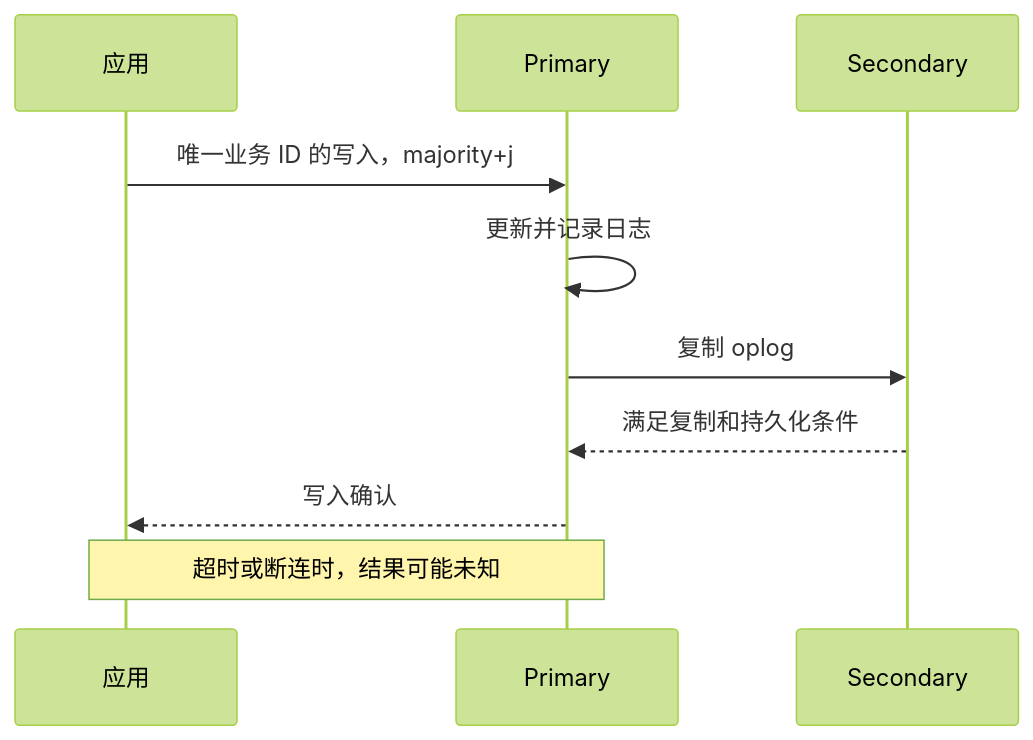
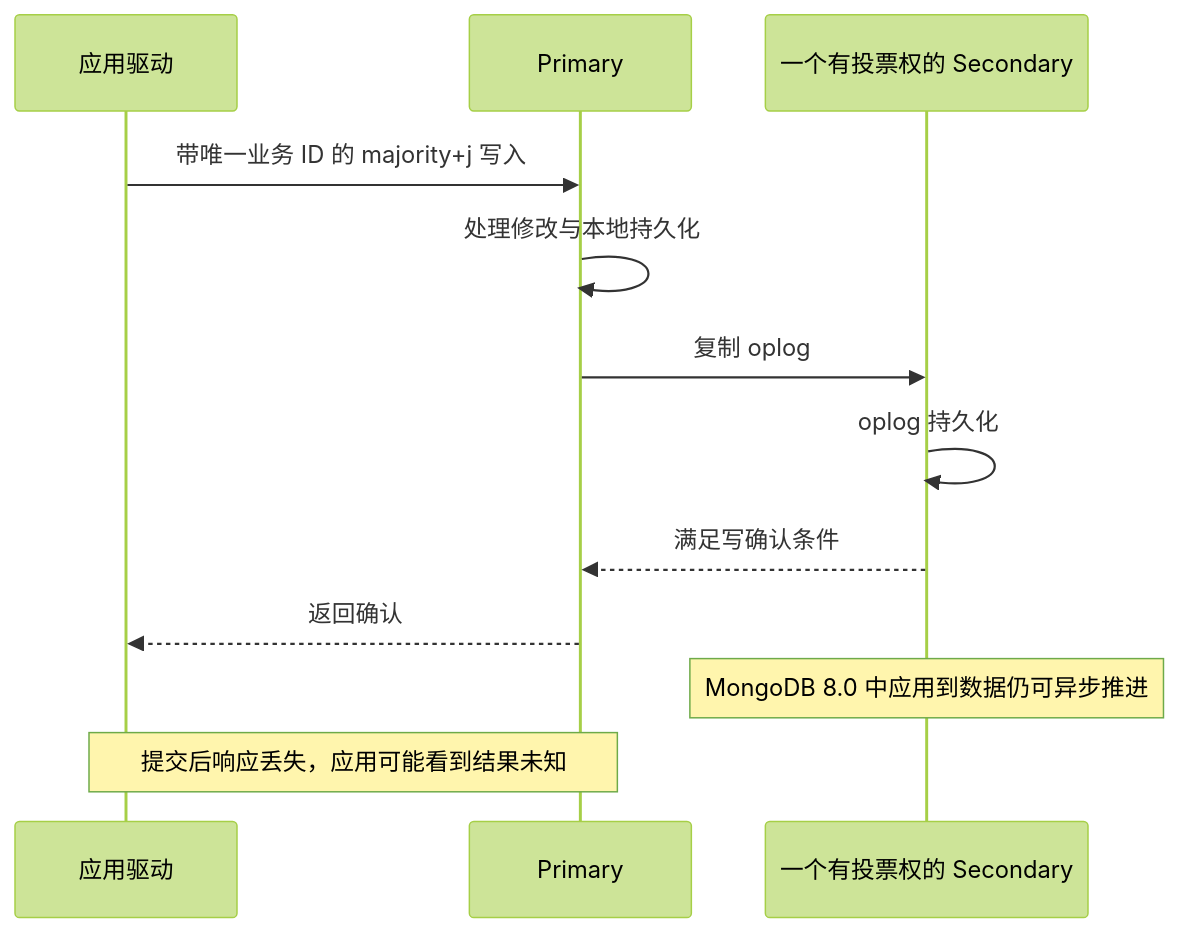
The seventh of 9 diagrams in docs/middleware/mongodb/technical-whitepaper.md (brinnatt/kubeauto), drawn with Mermaid (forest theme) before and after one commit. The commit also changed other lines of this file and 3 other files, not shown here.

````diff
--- a/docs/middleware/mongodb/technical-whitepaper.md
+++ b/docs/middleware/mongodb/technical-whitepaper.md
@@ -73,12 +214,14 @@
 ```mermaid
 sequenceDiagram
-    participant A as 应用
+    participant A as 应用驱动
     participant P as Primary
-    participant S as Secondary
-    A->>P: 唯一业务 ID 的写入，majority+j
-    P->>P: 更新并记录日志
+    participant S as 一个有投票权的 Secondary
+    A->>P: 带唯一业务 ID 的 majority+j 写入
+    P->>P: 处理修改与本地持久化
     P->>S: 复制 oplog
-    S-->>P: 满足复制和持久化条件
-    P-->>A: 写入确认
-    Note over A,P: 超时或断连时，结果可能未知
+    S->>S: oplog 持久化
+    S-->>P: 满足写确认条件
+    P-->>A: 返回确认
+    Note over S: MongoDB 8.0 中应用到数据仍可异步推进
+    Note over A,P: 提交后响应丢失，应用可能看到结果未知
 ```
````
